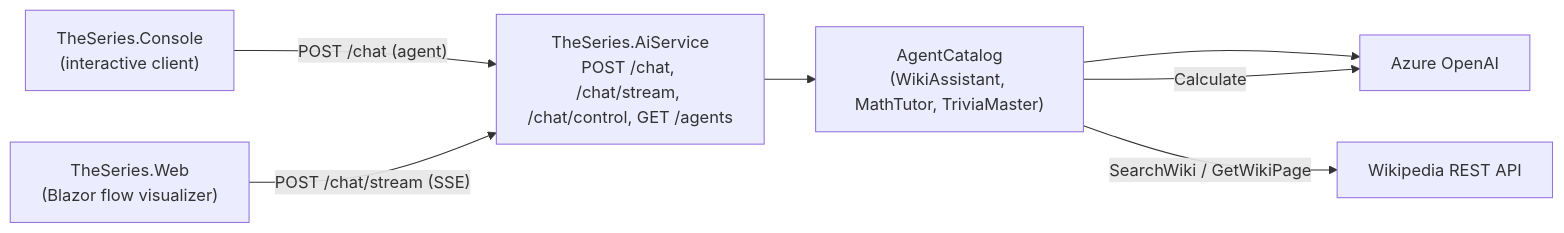
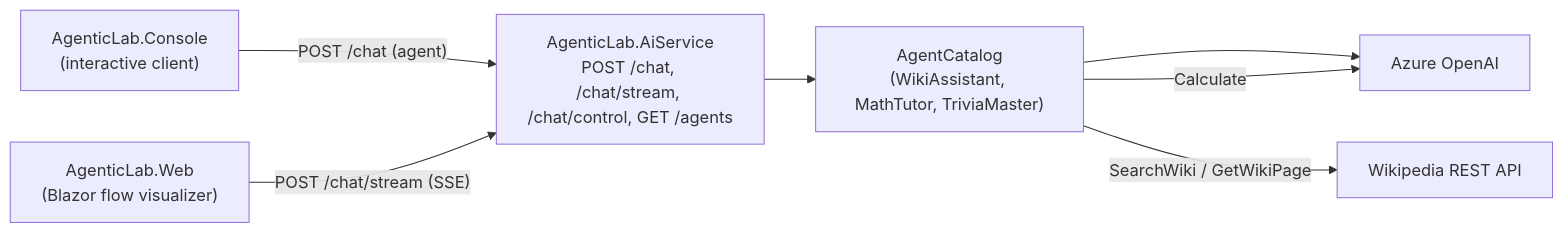
The diagram in README.md (o-viken/AgenticLab), drawn with Mermaid before and after one commit. The commit also changed other lines of this file and 596 other files, not shown here.

````diff
--- a/README.md
+++ b/README.md
@@ -7,16 +14,16 @@
 ```mermaid
 flowchart LR
-    Console["TheSeries.Console<br/>(interactive client)"]
-    Web["TheSeries.Web<br/>(Blazor flow visualizer)"]
-    AiService["TheSeries.AiService<br/>POST /chat, /chat/stream, /chat/control, GET /agents"]
+    Console["AgenticLab.Console<br/>(interactive client)"]
+    Web["AgenticLab.Web<br/>(Blazor flow visualizer)"]
+    AiService["AgenticLab.AiService<br/>POST /chat, /chat/stream, /chat/control, GET /agents"]
     Catalog["AgentCatalog<br/>(WikiAssistant, MathTutor, TriviaMaster)"]
     OpenAI["Azure OpenAI"]
     Wiki["Wikipedia REST API"]
 
     Console -->|"POST /chat (agent)"| AiService
     Web -->|"POST /chat/stream (SSE)"| AiService
     AiService --> Catalog
     Catalog --> OpenAI
     Catalog -->|"SearchWiki / GetWikiPage"| Wiki
     Catalog -->|"Calculate"| OpenAI
 ```
````
